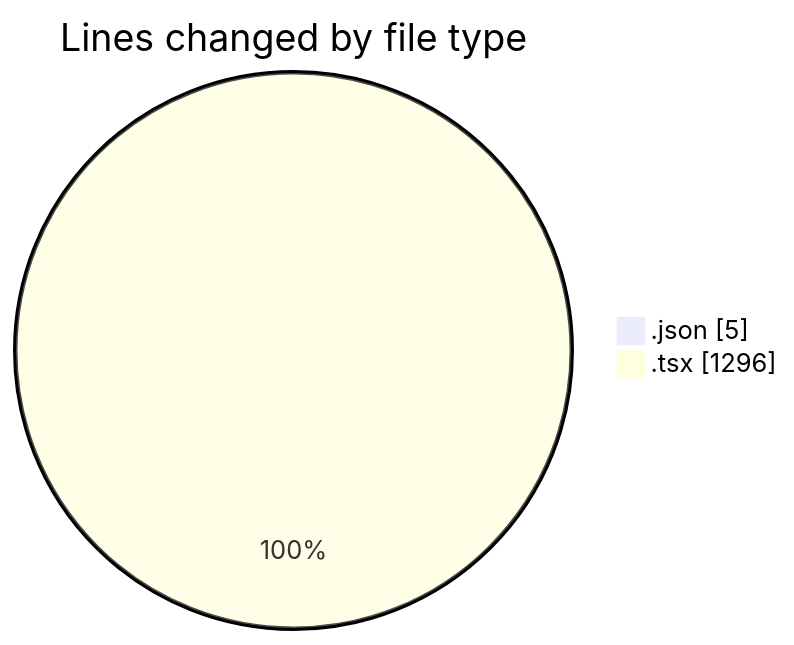
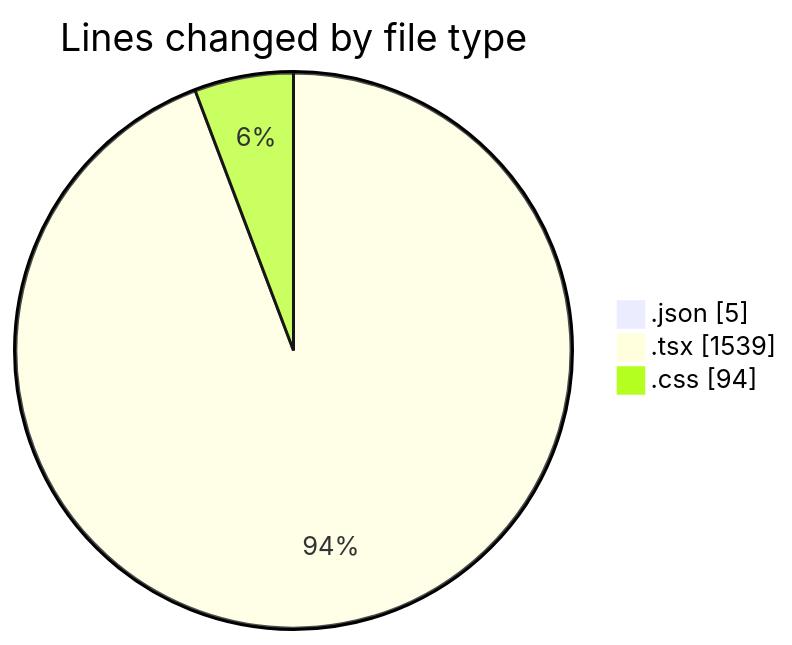
One commit to Elitesun/code-tracking changed the first of 2 diagrams in 2025-04-26/product-page/README.md. Above: the diagram before and after it, drawn with Mermaid. The commit also changed other lines of this file and 1 other file, not shown here.

````diff
--- a/2025-04-26/product-page/README.md
+++ b/2025-04-26/product-page/README.md
@@ -33,6 +34,7 @@
 ```mermaid
 pie showData
 title Lines changed by file type
 ".json" : 5
-".tsx" : 1296
+".tsx" : 1539
+".css" : 94
 ```
````
